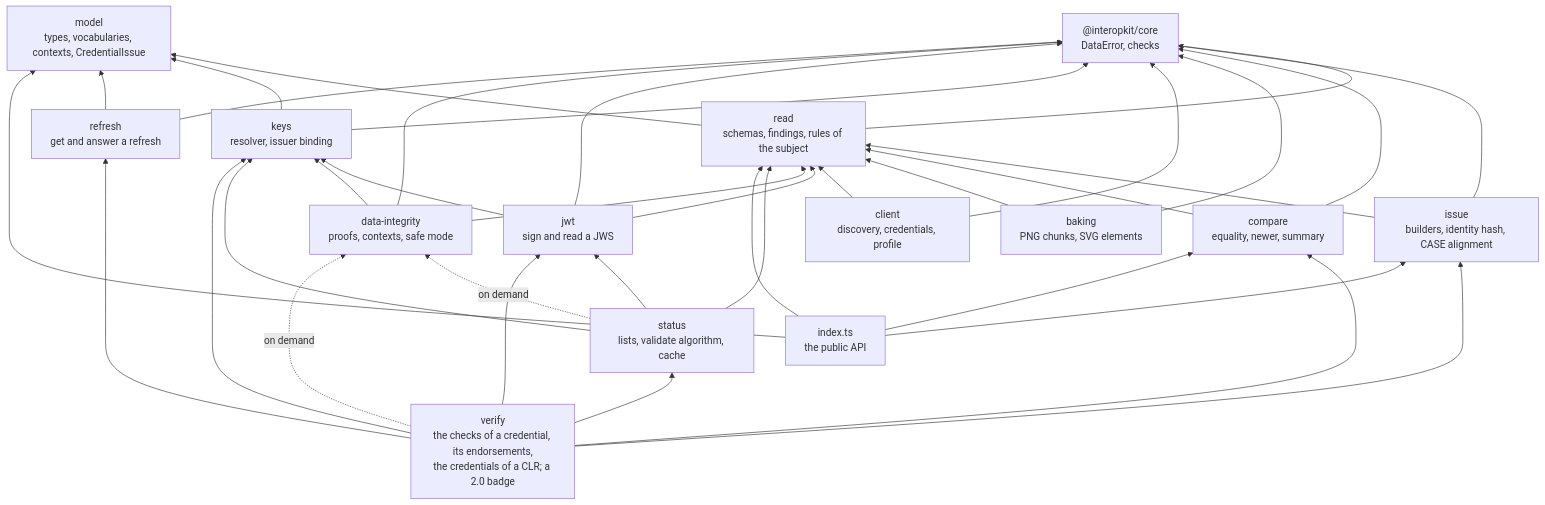
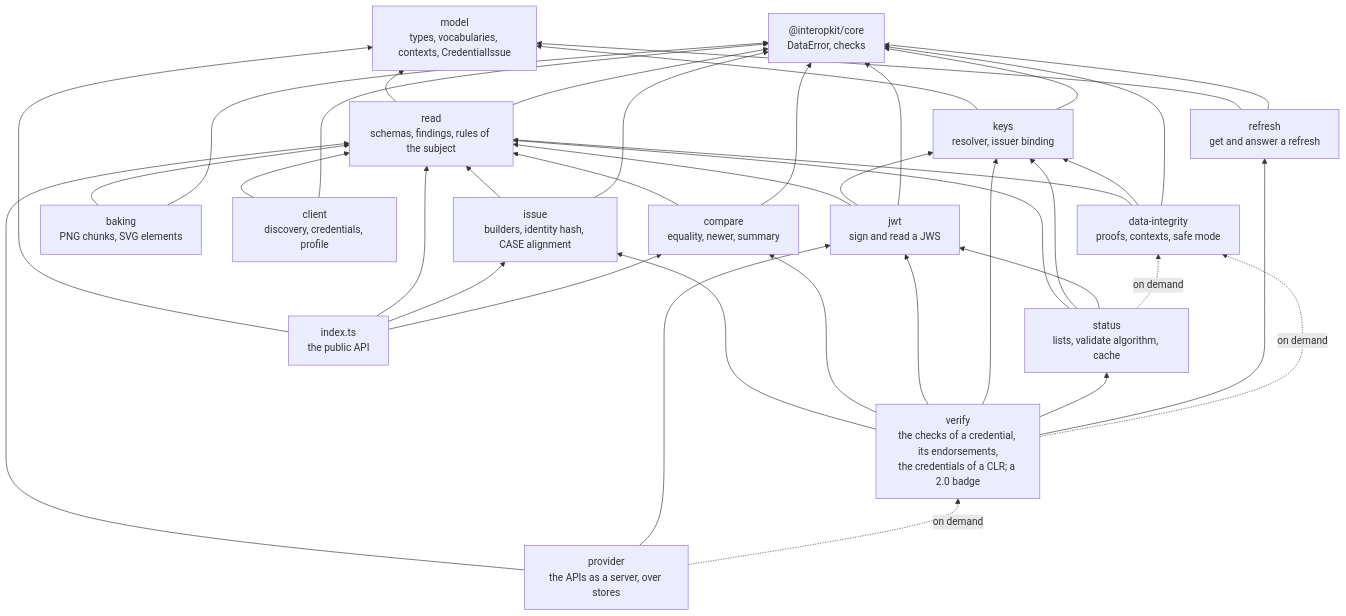
Before and after one commit to interopkit/interopkit: the first of 2 diagrams in docs/achievement-credentials/architecture.md, drawn with Mermaid. The commit also changed other lines of this file and 40 other files, not shown here.

First line of the commit message:
Serve the Open Badges API and the CLR Standard API as the resource server, over the host's stores and authorize

````diff
--- a/docs/achievement-credentials/architecture.md
+++ b/docs/achievement-credentials/architecture.md
@@ -16,52 +17,56 @@
 ```mermaid
 flowchart BT
   core["@interopkit/core<br/>DataError, checks"]
   model["model<br/>types, vocabularies, contexts, CredentialIssue"]
   read["read<br/>schemas, findings, rules of the subject"]
   issue["issue<br/>builders, identity hash, CASE alignment"]
   compare["compare<br/>equality, newer, summary"]
   baking["baking<br/>PNG chunks, SVG elements"]
   client["client<br/>discovery, credentials, profile"]
   keys["keys<br/>resolver, issuer binding"]
   jwt["jwt<br/>sign and read a JWS"]
   di["data-integrity<br/>proofs, contexts, safe mode"]
   status["status<br/>lists, validate algorithm, cache"]
   refresh["refresh<br/>get and answer a refresh"]
   verify["verify<br/>the checks of a credential, its endorsements,<br/>the credentials of a CLR; a 2.0 badge"]
+  provider["provider<br/>the APIs as a server, over stores"]
   root["index.ts<br/>the public API"]
   read --> model
   read --> core
   issue --> read
   issue --> core
   compare --> read
   compare --> core
   baking --> read
   baking --> core
   client --> read
   client --> core
   keys --> model
   keys --> core
   jwt --> read
   jwt --> keys
   jwt --> core
   di --> read
   di --> keys
   di --> core
   status --> read
   status --> keys
   status --> jwt
   status -.->|"on demand"| di
   refresh --> model
   refresh --> core
   verify --> issue
   verify --> compare
   verify --> jwt
   verify --> keys
   verify --> status
   verify --> refresh
   verify -.->|"on demand"| di
+  provider --> read
+  provider --> jwt
+  provider -.->|"on demand"| verify
   root --> model
   root --> read
   root --> issue
   root --> compare
 ```
````
